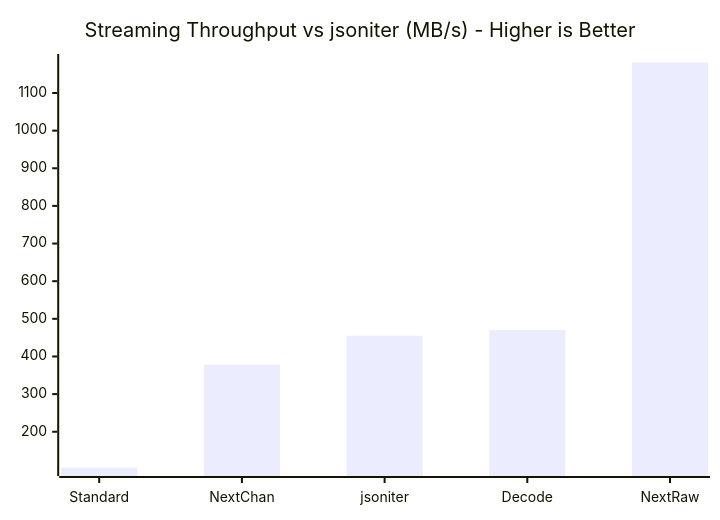
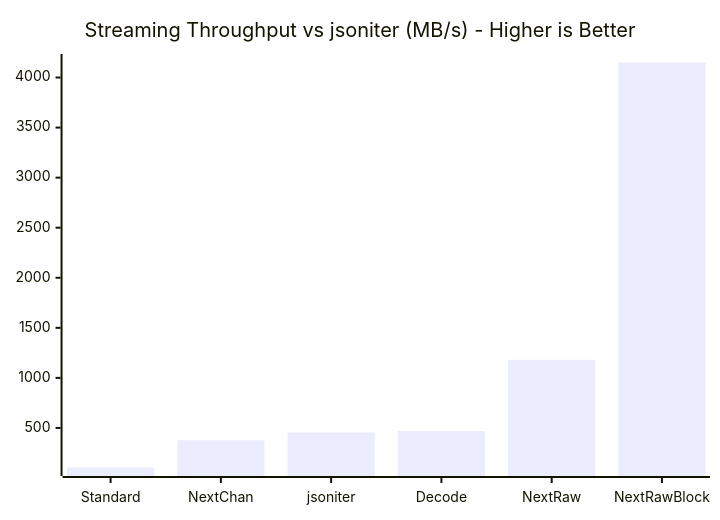
The third of 6 diagrams in README.md (GenshIv/silentjson), drawn with Mermaid before and after one commit. The commit also changed other lines of this file and 6 other files, not shown here.

First line of the commit message:
feat(stream): optimize NextRawBlock with dedicated early-exit ASM

````diff
--- a/README.md
+++ b/README.md
@@ -92,6 +93,6 @@
 ```mermaid
 xychart-beta
     title "Streaming Throughput vs jsoniter (MB/s) - Higher is Better"
-    x-axis ["Standard", "NextChan", "jsoniter", "Decode", "NextRaw"]
-    bar [105, 378, 455, 470, 1181]
+    x-axis ["Standard", "NextChan", "jsoniter", "Decode", "NextRaw", "NextRawBlock"]
+    bar [105, 378, 455, 470, 1181, 4150]
 ```
````
